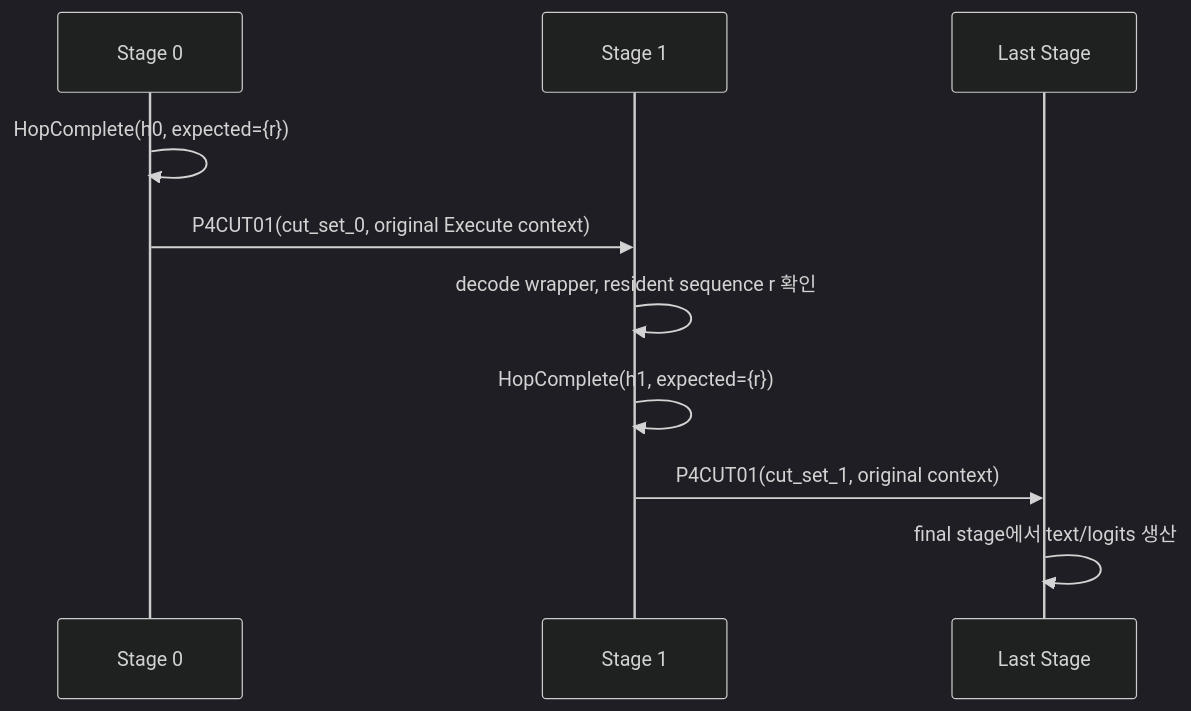
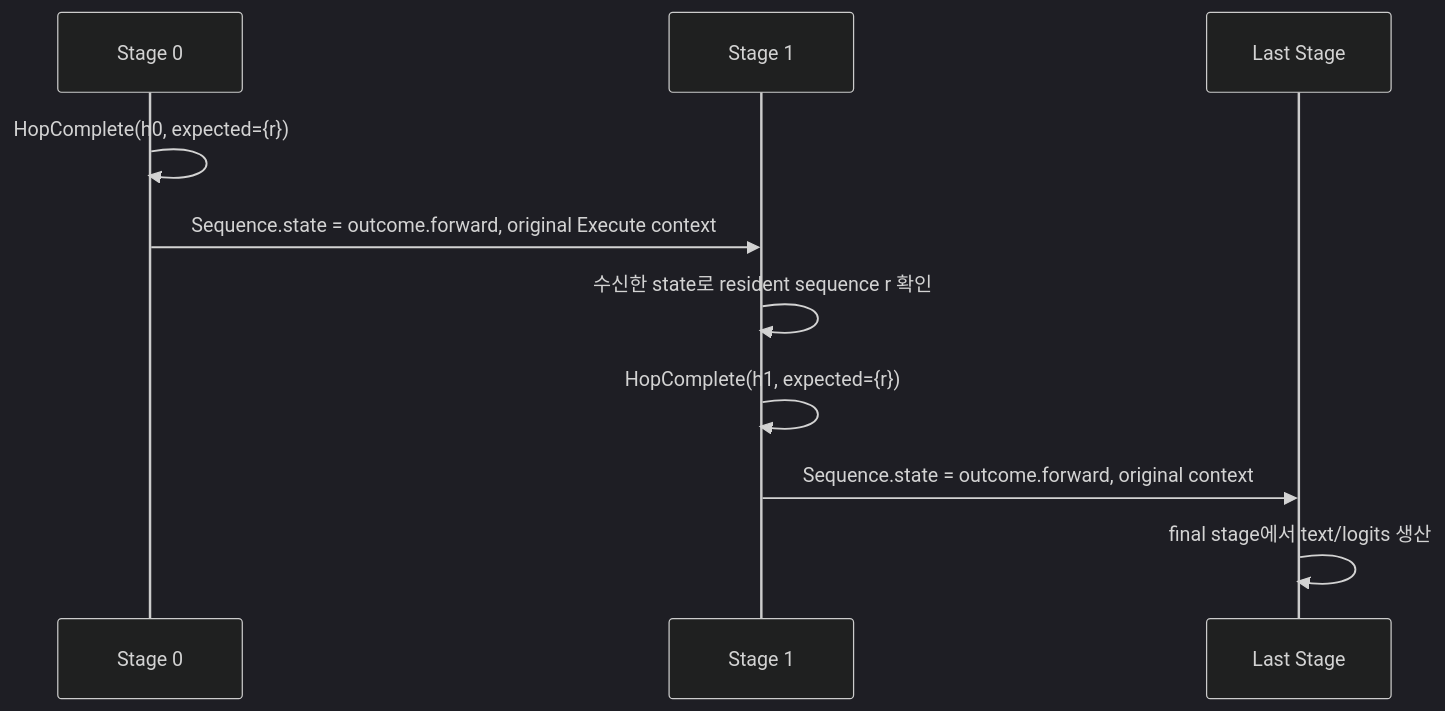
The third of 10 diagrams in docs/protocol.md (louisevandan/kvasir-net), drawn with Mermaid (dark theme) before and after one commit. The commit also changed other lines of this file and 5 other files, not shown here.

````diff
--- a/docs/protocol.md
+++ b/docs/protocol.md
@@ -1495,13 +1479,13 @@
 ```mermaid
 sequenceDiagram
     participant N0 as Stage 0
     participant N1 as Stage 1
     participant N2 as Last Stage
 
     N0->>N0: HopComplete(h0, expected={r})
-    N0->>N1: P4CUT01(cut_set_0, original Execute context)
-    N1->>N1: decode wrapper, resident sequence r 확인
+    N0->>N1: Sequence.state = outcome.forward, original Execute context
+    N1->>N1: 수신한 state로 resident sequence r 확인
     N1->>N1: HopComplete(h1, expected={r})
-    N1->>N2: P4CUT01(cut_set_1, original context)
+    N1->>N2: Sequence.state = outcome.forward, original context
     N2->>N2: final stage에서 text/logits 생산
 ```
````
